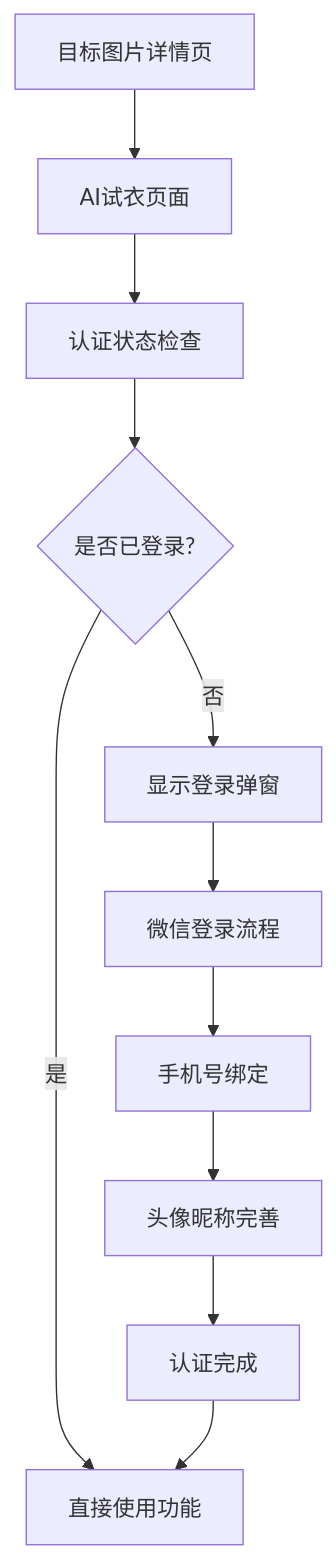
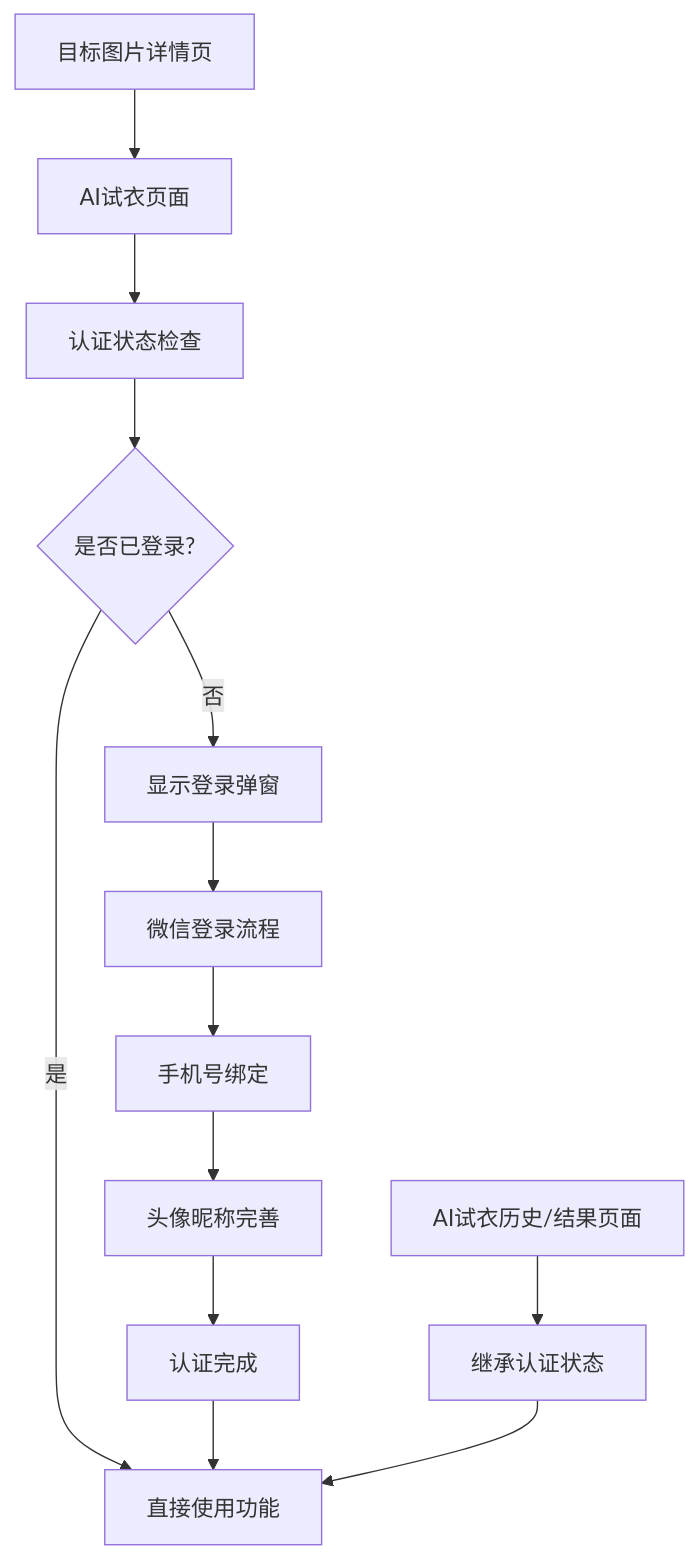
One commit to crazyma99/blueberry changed the ninth of 10 diagrams in .qoder/repowiki/zh/content/核心功能模块/用户认证系统.md. Above: the diagram before and after it, drawn with Mermaid. The commit also changed other lines of this file and 4 other files, not shown here.

````diff
--- a/.qoder/repowiki/zh/content/核心功能模块/用户认证系统.md
+++ b/.qoder/repowiki/zh/content/核心功能模块/用户认证系统.md
@@ -425,13 +453,15 @@
 ```mermaid
 flowchart TD
 A["目标图片详情页"] --> B["AI试衣页面"]
 B --> C["认证状态检查"]
 C --> D{"是否已登录?"}
 D --> |是| E["直接使用功能"]
 D --> |否| F["显示登录弹窗"]
 F --> G["微信登录流程"]
 G --> H["手机号绑定"]
 H --> I["头像昵称完善"]
 I --> J["认证完成"]
 J --> E
+K["AI试衣历史/结果页面"] --> L["继承认证状态"]
+L --> E
 ```
````
